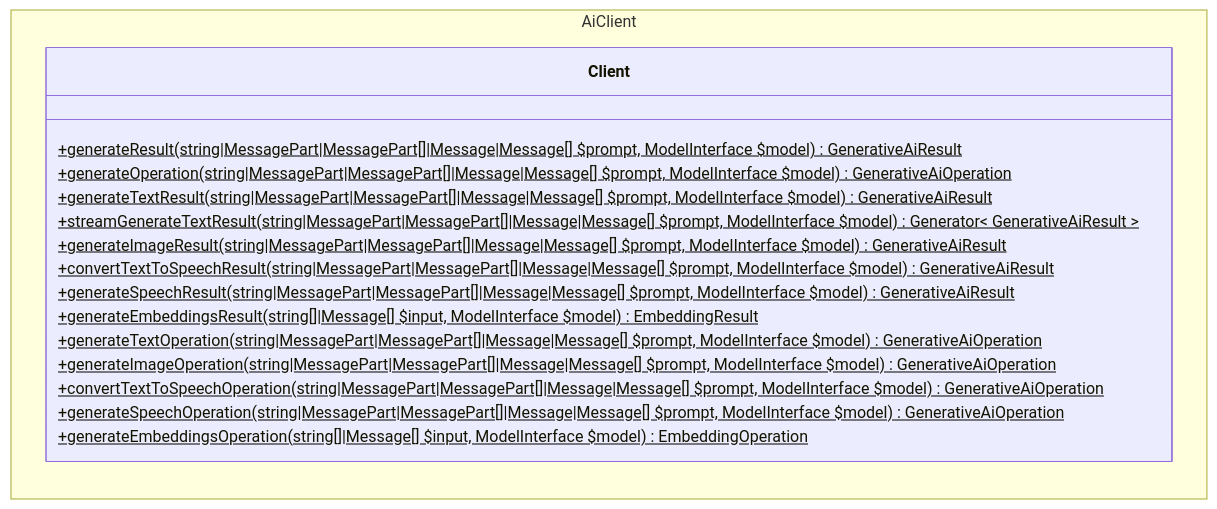
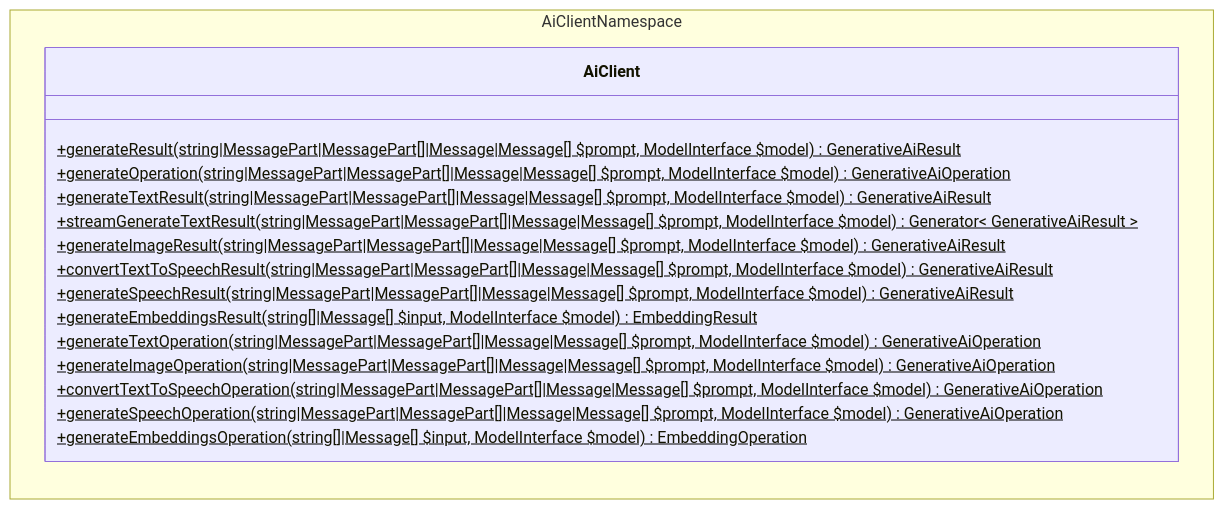
One commit to WordPress/php-ai-client changed the second of 5 diagrams in docs/ARCHITECTURE.md. Above: the diagram before and after it, drawn with Mermaid. The commit also changed other lines of this file, not shown here.

Commit message:
Use `AiClient` as the client class to avoid potential overlap with other libraries

````diff
--- a/docs/ARCHITECTURE.md
+++ b/docs/ARCHITECTURE.md
@@ -375,26 +375,26 @@
 ```mermaid
 ---
 config:
   class:
     hideEmptyMembersBox: true
 ---
 classDiagram
 direction LR
-    namespace AiClient {
-        class Client {
+    namespace AiClientNamespace {
+        class AiClient {
             +generateResult(string|MessagePart|MessagePart[]|Message|Message[] $prompt, ModelInterface $model) GenerativeAiResult$
             +generateOperation(string|MessagePart|MessagePart[]|Message|Message[] $prompt, ModelInterface $model) GenerativeAiOperation$
             +generateTextResult(string|MessagePart|MessagePart[]|Message|Message[] $prompt, ModelInterface $model) GenerativeAiResult$
             +streamGenerateTextResult(string|MessagePart|MessagePart[]|Message|Message[] $prompt, ModelInterface $model) Generator< GenerativeAiResult >$
             +generateImageResult(string|MessagePart|MessagePart[]|Message|Message[] $prompt, ModelInterface $model) GenerativeAiResult$
             +convertTextToSpeechResult(string|MessagePart|MessagePart[]|Message|Message[] $prompt, ModelInterface $model) GenerativeAiResult$
             +generateSpeechResult(string|MessagePart|MessagePart[]|Message|Message[] $prompt, ModelInterface $model) GenerativeAiResult$
             +generateEmbeddingsResult(string[]|Message[] $input, ModelInterface $model) EmbeddingResult$
             +generateTextOperation(string|MessagePart|MessagePart[]|Message|Message[] $prompt, ModelInterface $model) GenerativeAiOperation$
             +generateImageOperation(string|MessagePart|MessagePart[]|Message|Message[] $prompt, ModelInterface $model) GenerativeAiOperation$
             +convertTextToSpeechOperation(string|MessagePart|MessagePart[]|Message|Message[] $prompt, ModelInterface $model) GenerativeAiOperation$
             +generateSpeechOperation(string|MessagePart|MessagePart[]|Message|Message[] $prompt, ModelInterface $model) GenerativeAiOperation$
             +generateEmbeddingsOperation(string[]|Message[] $input, ModelInterface $model) EmbeddingOperation$
         }
     }
 ```
````
